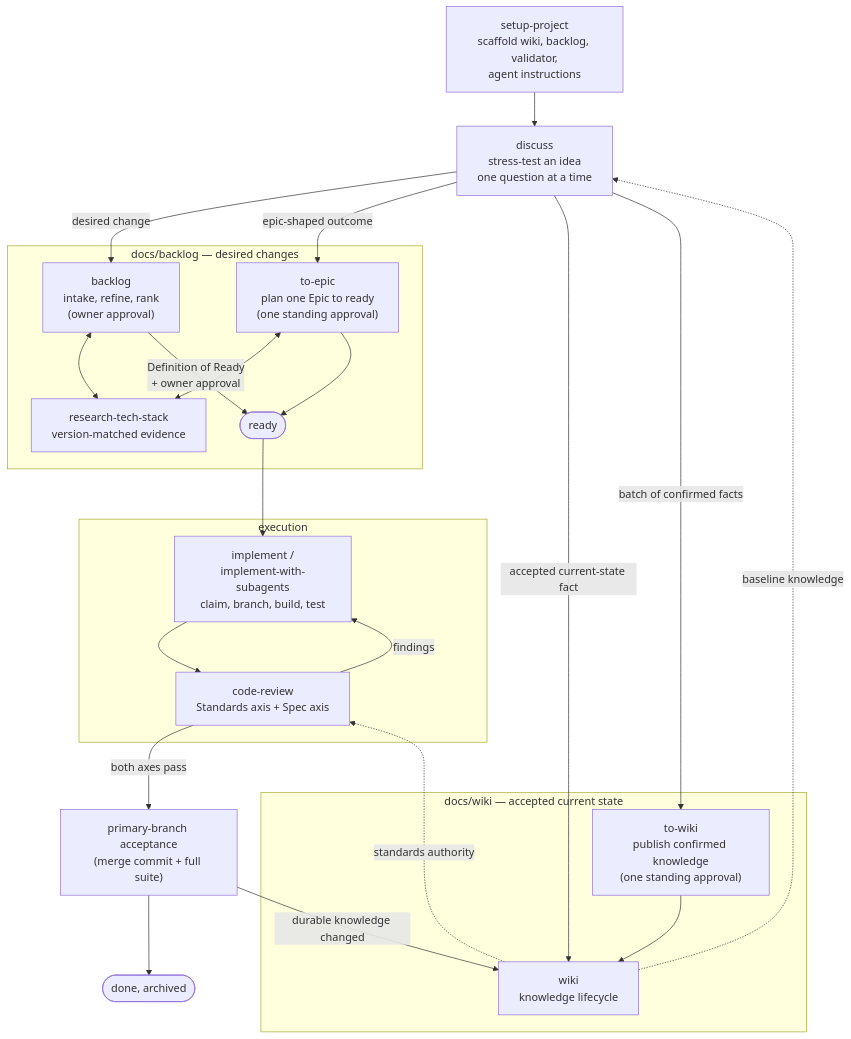
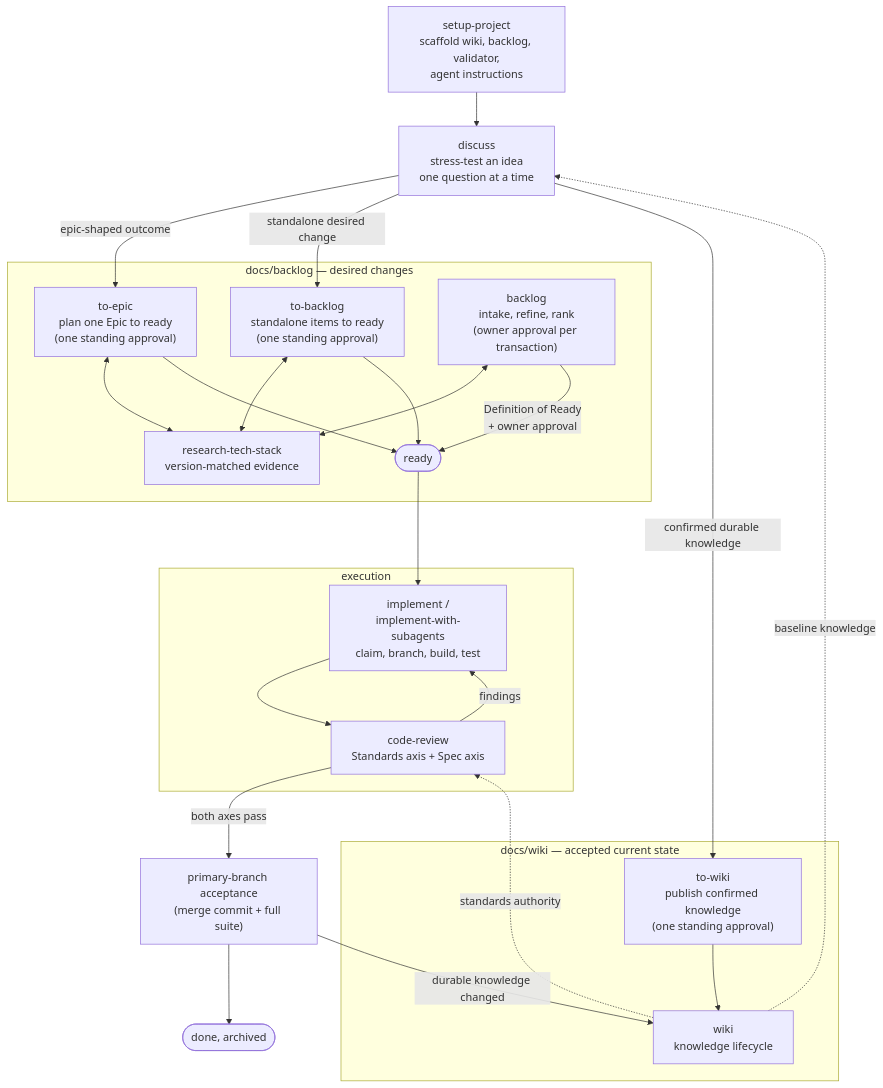
One commit to beeltec/skills changed the diagram in README.md. Above: the diagram before and after it, drawn with Mermaid. The commit also changed other lines of this file, not shown here.

Commit message:
docs(readme): add to-backlog to workflow diagram, table, and advisory discuss description

````diff
--- a/README.md
+++ b/README.md
@@ -25,43 +25,45 @@
 ```mermaid
 flowchart TD
     SP["setup-project<br/>scaffold wiki, backlog, validator,<br/>agent instructions"] --> D
     D["discuss<br/>stress-test an idea<br/>one question at a time"]
 
-    D -->|desired change| BL
     D -->|epic-shaped outcome| TE
-    D -->|accepted current-state fact| WK
-    D -->|batch of confirmed facts| TW
+    D -->|standalone desired change| TB
+    D -->|confirmed durable knowledge| TW
 
     subgraph BACKLOG["docs/backlog — desired changes"]
-        BL["backlog<br/>intake, refine, rank<br/>(owner approval)"]
+        BL["backlog<br/>intake, refine, rank<br/>(owner approval per transaction)"]
         TE["to-epic<br/>plan one Epic to ready<br/>(one standing approval)"]
+        TB["to-backlog<br/>standalone items to ready<br/>(one standing approval)"]
         RT["research-tech-stack<br/>version-matched evidence"]
         BL <--> RT
         TE <--> RT
+        TB <--> RT
         RDY(["ready"])
         BL -->|Definition of Ready<br/>+ owner approval| RDY
         TE --> RDY
+        TB --> RDY
     end
 
     RDY --> IMP
 
     subgraph EXEC["execution"]
         IMP["implement /<br/>implement-with-subagents<br/>claim, branch, build, test"]
         CR["code-review<br/>Standards axis + Spec axis"]
         IMP --> CR
         CR -->|findings| IMP
     end
 
     CR -->|both axes pass| ACC["primary-branch acceptance<br/>(merge commit + full suite)"]
     ACC -->|durable knowledge changed| WK
     ACC --> DONE(["done, archived"])
 
     subgraph WIKI["docs/wiki — accepted current state"]
         WK["wiki<br/>knowledge lifecycle"]
         TW["to-wiki<br/>publish confirmed knowledge<br/>(one standing approval)"]
         TW --> WK
     end
 
     WK -.->|baseline knowledge| D
     WK -.->|standards authority| CR
 ```
````
